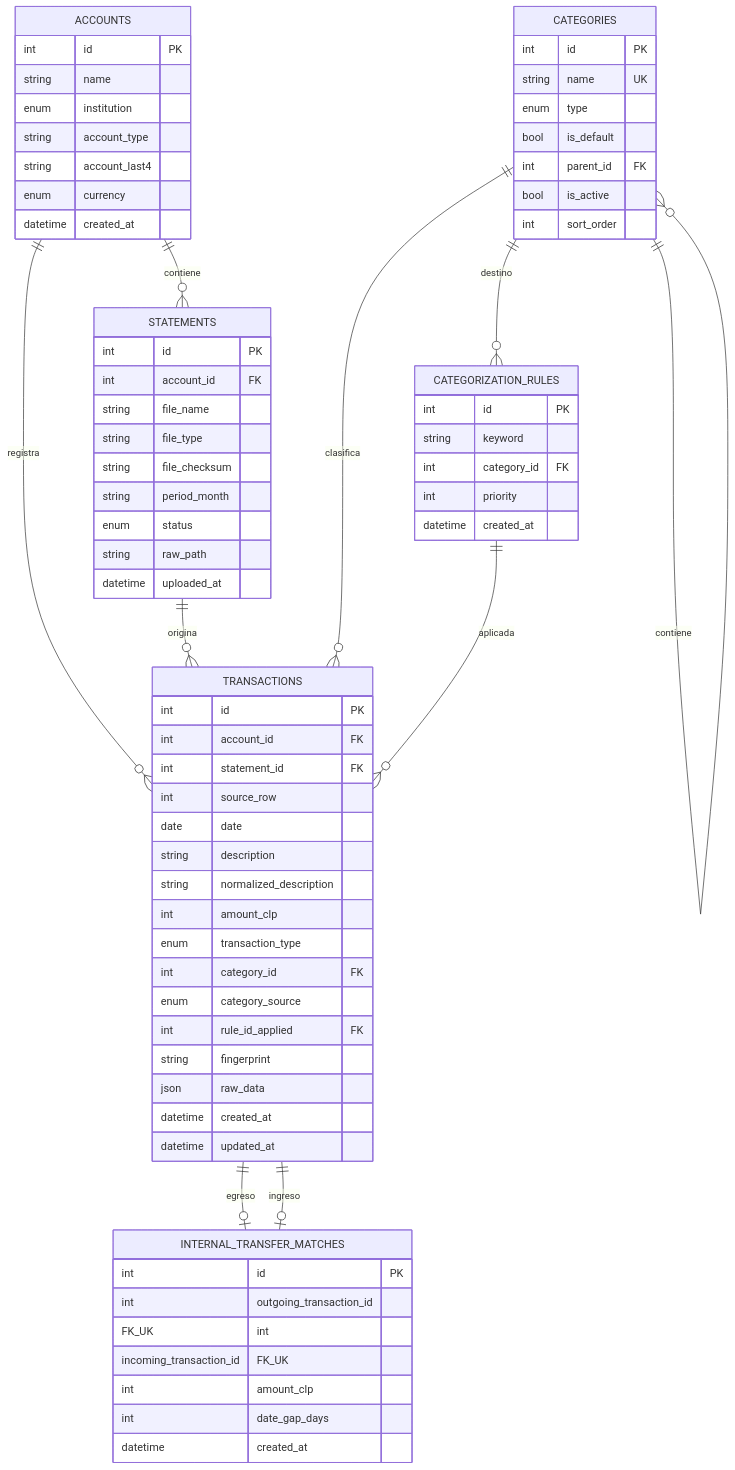
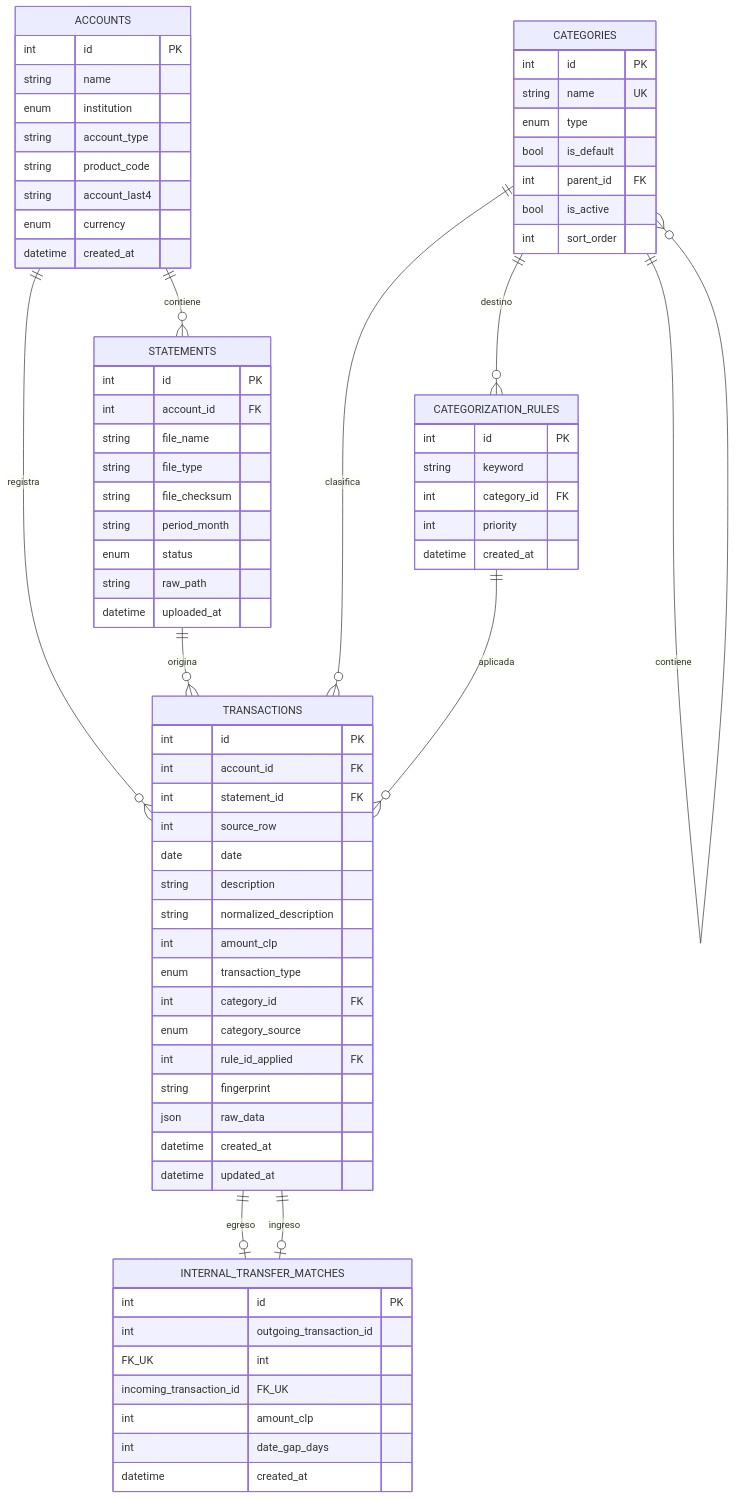
The diagram in docs/05-modelo-de-datos.md (CristianIgnacio/SoloFinanzas), drawn with Mermaid before and after one commit. The commit also changed other lines of this file and 33 other files, not shown here.

````diff
--- a/docs/05-modelo-de-datos.md
+++ b/docs/05-modelo-de-datos.md
@@ -19,75 +19,76 @@
 ```mermaid
 erDiagram
     ACCOUNTS ||--o{ STATEMENTS : contiene
     ACCOUNTS ||--o{ TRANSACTIONS : registra
     STATEMENTS ||--o{ TRANSACTIONS : origina
     CATEGORIES ||--o{ TRANSACTIONS : clasifica
     CATEGORIES ||--o{ CATEGORIES : contiene
     CATEGORIES ||--o{ CATEGORIZATION_RULES : destino
     CATEGORIZATION_RULES ||--o{ TRANSACTIONS : aplicada
     TRANSACTIONS ||--o| INTERNAL_TRANSFER_MATCHES : egreso
     TRANSACTIONS ||--o| INTERNAL_TRANSFER_MATCHES : ingreso
 
     ACCOUNTS {
       int id PK
       string name
       enum institution
       string account_type
+      string product_code
       string account_last4
       enum currency
       datetime created_at
     }
     STATEMENTS {
       int id PK
       int account_id FK
       string file_name
       string file_type
       string file_checksum
       string period_month
       enum status
       string raw_path
       datetime uploaded_at
     }
     TRANSACTIONS {
       int id PK
       int account_id FK
       int statement_id FK
       int source_row
       date date
       string description
       string normalized_description
       int amount_clp
       enum transaction_type
       int category_id FK
       enum category_source
       int rule_id_applied FK
       string fingerprint
       json raw_data
       datetime created_at
       datetime updated_at
     }
     CATEGORIES {
       int id PK
       string name UK
       enum type
       bool is_default
       int parent_id FK
       bool is_active
       int sort_order
     }
     CATEGORIZATION_RULES {
       int id PK
       string keyword
       int category_id FK
       int priority
       datetime created_at
     }
     INTERNAL_TRANSFER_MATCHES {
       int id PK
       int outgoing_transaction_id FK_UK
       int incoming_transaction_id FK_UK
       int amount_clp
       int date_gap_days
       datetime created_at
     }
 ```
````
